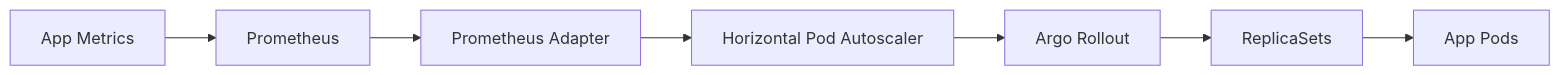
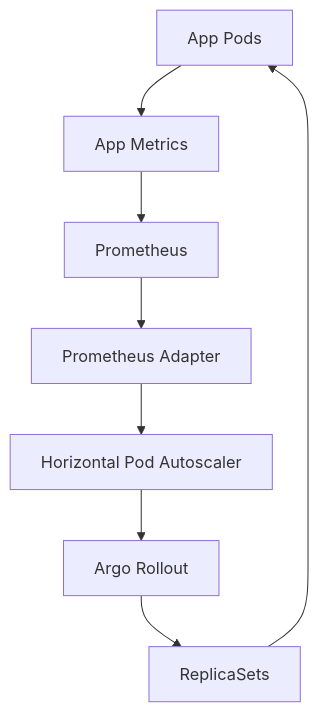
Before and after one commit to PranayChowdary48/mode-of-the-day-k8s: the third of 4 diagrams in README.md, drawn with Mermaid. The commit also changed other lines of this file, not shown here.

````diff
--- a/README.md
+++ b/README.md
@@ -103,9 +146,19 @@
 ```mermaid
-flowchart LR
-  A[App Metrics] --> PR[Prometheus]
-  PR --> PA[Prometheus Adapter]
-  PA --> HPA[Horizontal Pod Autoscaler]
-  HPA --> RO[Argo Rollout]
-  RO --> RS[ReplicaSets]
-  RS --> Pods[App Pods]
+flowchart TD
+
+  APP["App Pods"]
+  MET["App Metrics"]
+  PR["Prometheus"]
+  PA["Prometheus Adapter"]
+  HPA["Horizontal Pod Autoscaler"]
+  RO["Argo Rollout"]
+  RS["ReplicaSets"]
+
+  APP --> MET
+  MET --> PR
+  PR --> PA
+  PA --> HPA
+  HPA --> RO
+  RO --> RS
+  RS --> APP
 ```
````
